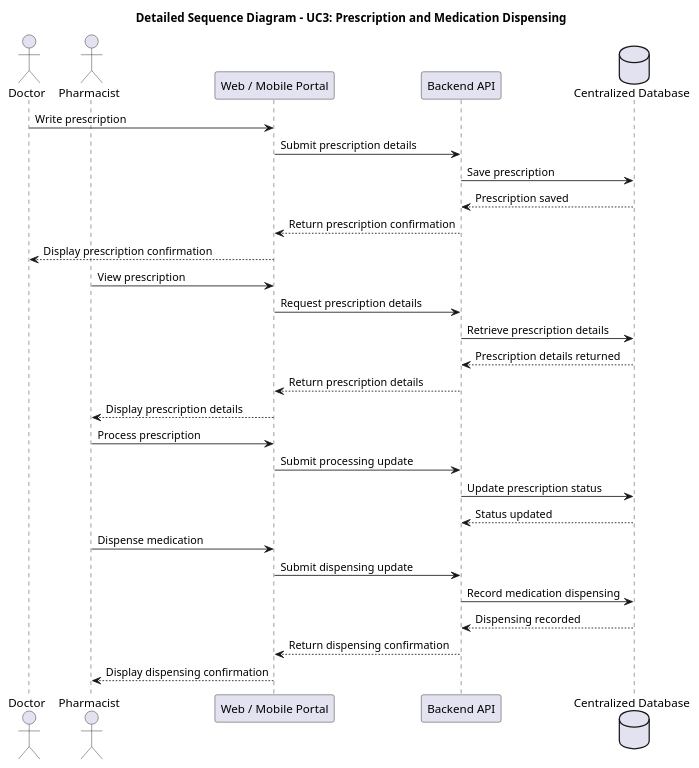
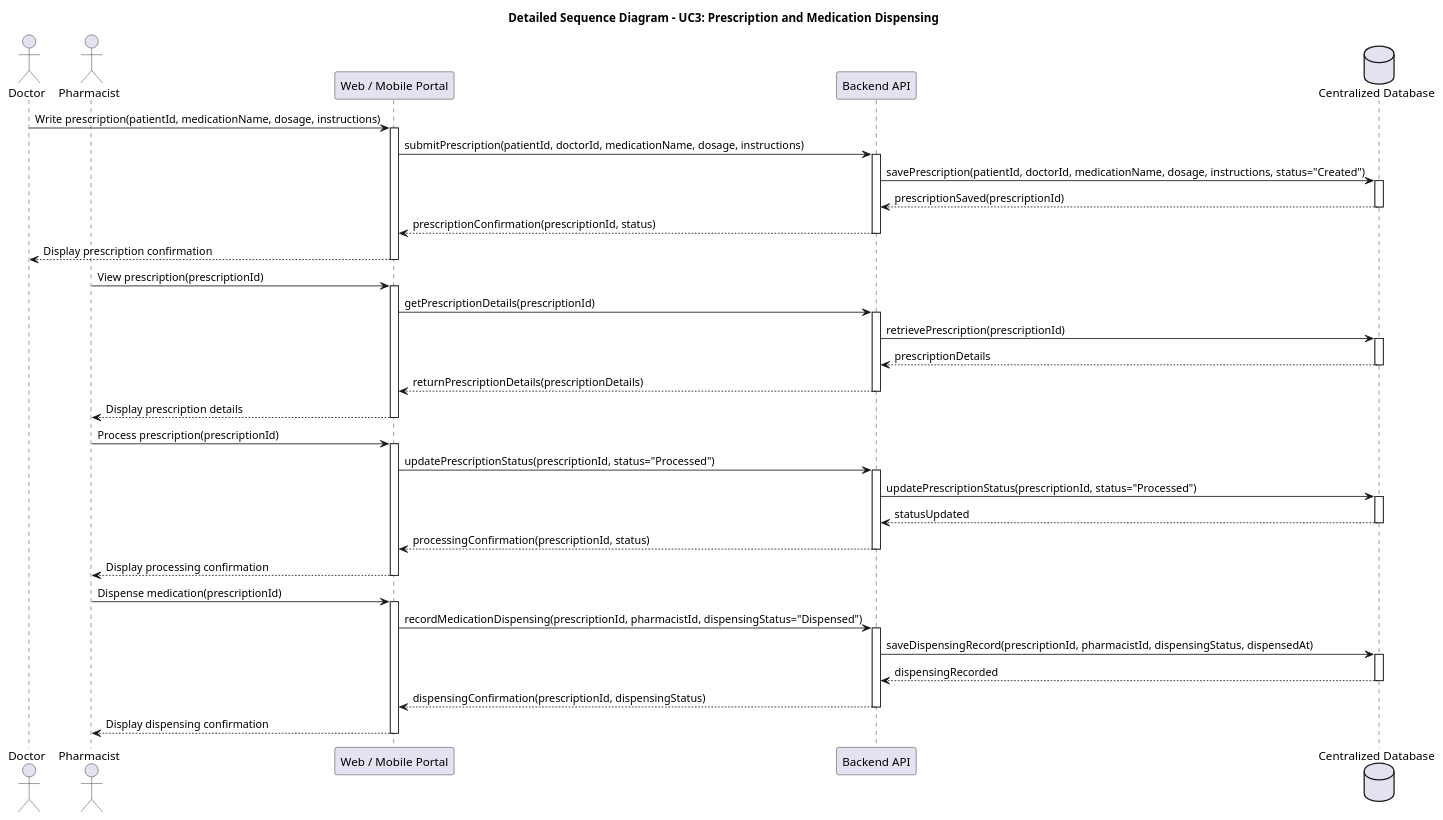
Before and after one commit to hamztion/Software_Project_Group8: the diagram in uml/sequence_prescription_medication.puml, drawn with PlantUML. The commit also changed 14 other files, not shown here.

```diff
--- a/uml/sequence_prescription_medication.puml
+++ b/uml/sequence_prescription_medication.puml
@@ -1,36 +1,78 @@
 @startuml
 title Detailed Sequence Diagram - UC3: Prescription and Medication Dispensing
 
 actor Doctor as doctor
 actor Pharmacist as pharmacist
 participant "Web / Mobile Portal" as portal
 participant "Backend API" as api
 database "Centralized Database" as db
 
-doctor -> portal : Write prescription
-portal -> api : Submit prescription details
-api -> db : Save prescription
-db --> api : Prescription saved
-api --> portal : Return prescription confirmation
+doctor -> portal : Write prescription(patientId, medicationName, dosage, instructions)
+activate portal
+
+portal -> api : submitPrescription(patientId, doctorId, medicationName, dosage, instructions)
+activate api
+
+api -> db : savePrescription(patientId, doctorId, medicationName, dosage, instructions, status="Created")
+activate db
+db --> api : prescriptionSaved(prescriptionId)
+deactivate db
+
+api --> portal : prescriptionConfirmation(prescriptionId, status)
+deactivate api
+
 portal --> doctor : Display prescription confirmation
+deactivate portal
 
-pharmacist -> portal : View prescription
-portal -> api : Request prescription details
-api -> db : Retrieve prescription details
-db --> api : Prescription details returned
-api --> portal : Return prescription details
+pharmacist -> portal : View prescription(prescriptionId)
+activate portal
+
+portal -> api : getPrescriptionDetails(prescriptionId)
+activate api
+
+api -> db : retrievePrescription(prescriptionId)
+activate db
+db --> api : prescriptionDetails
+deactivate db
+
+api --> portal : returnPrescriptionDetails(prescriptionDetails)
+deactivate api
+
 portal --> pharmacist : Display prescription details
+deactivate portal
 
-pharmacist -> portal : Process prescription
-portal -> api : Submit processing update
-api -> db : Update prescription status
-db --> api : Status updated
+pharmacist -> portal : Process prescription(prescriptionId)
+activate portal
 
-pharmacist -> portal : Dispense medication
-portal -> api : Submit dispensing update
-api -> db : Record medication dispensing
-db --> api : Dispensing recorded
-api --> portal : Return dispensing confirmation
+portal -> api : updatePrescriptionStatus(prescriptionId, status="Processed")
+activate api
+
+api -> db : updatePrescriptionStatus(prescriptionId, status="Processed")
+activate db
+db --> api : statusUpdated
+deactivate db
+
+api --> portal : processingConfirmation(prescriptionId, status)
+deactivate api
+
+portal --> pharmacist : Display processing confirmation
+deactivate portal
+
+pharmacist -> portal : Dispense medication(prescriptionId)
+activate portal
+
+portal -> api : recordMedicationDispensing(prescriptionId, pharmacistId, dispensingStatus="Dispensed")
+activate api
+
+api -> db : saveDispensingRecord(prescriptionId, pharmacistId, dispensingStatus, dispensedAt)
+activate db
+db --> api : dispensingRecorded
+deactivate db
+
+api --> portal : dispensingConfirmation(prescriptionId, dispensingStatus)
+deactivate api
+
 portal --> pharmacist : Display dispensing confirmation
+deactivate portal
 
 @enduml
```
